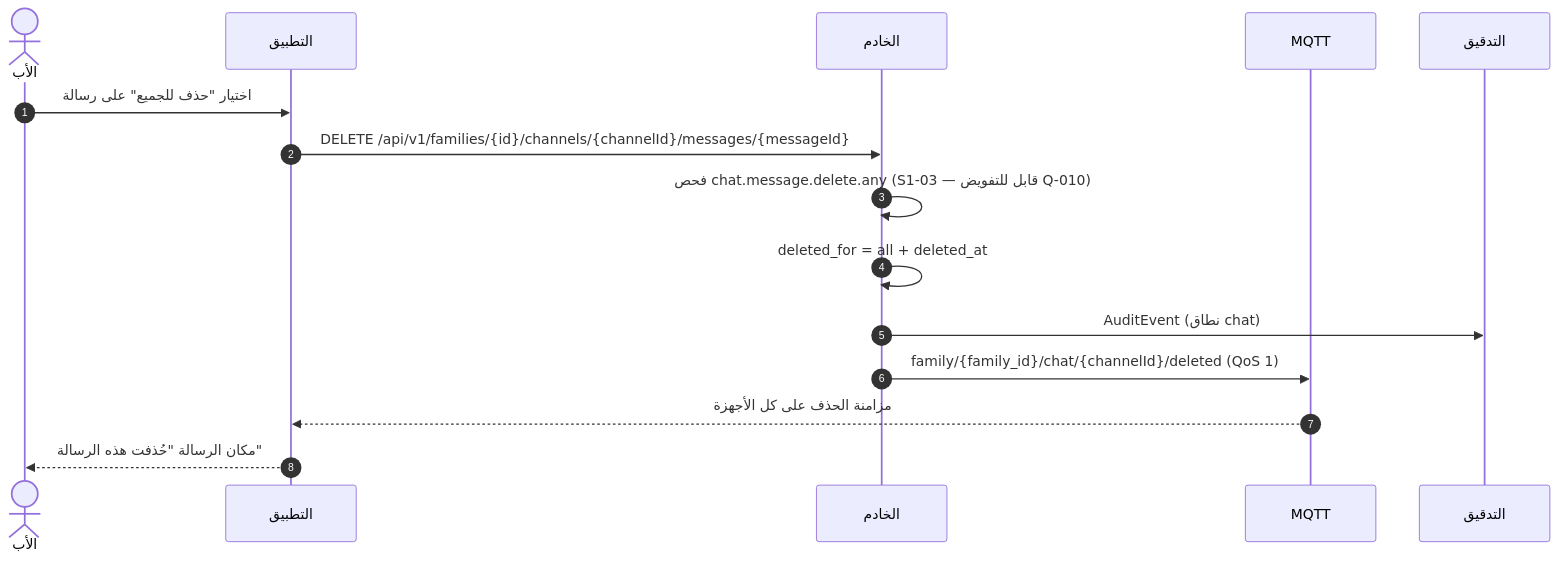
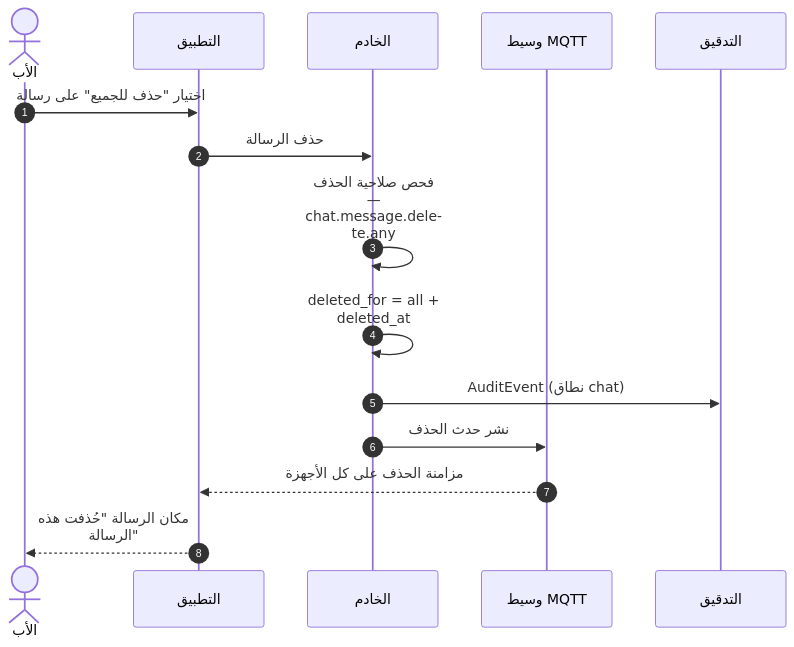
One commit to Bassam-mohammed-alqaeadi/family-os-v2 changed the ninth of 27 diagrams in docs/family-os/governance/phases/phase-1/S1-08-chat-basic/DIAGRAMS.md. Above: the diagram before and after it, drawn with Mermaid. The commit also changed other lines of this file, not shown here.

````diff
--- a/docs/family-os/governance/phases/phase-1/S1-08-chat-basic/DIAGRAMS.md
+++ b/docs/family-os/governance/phases/phase-1/S1-08-chat-basic/DIAGRAMS.md
@@ -297,17 +404,18 @@
 ```mermaid
+%%{init: {"sequence": {"wrap": true}}}%%
 sequenceDiagram
     autonumber
     actor Father as الأب
     participant App as التطبيق
     participant Ktor as الخادم
-    participant MQTT as MQTT
+    participant MQTT as وسيط MQTT
     participant Audit as التدقيق
     Father->>App: اختيار "حذف للجميع" على رسالة
-    App->>Ktor: DELETE /api/v1/families/{id}/channels/{channelId}/messages/{messageId}
-    Ktor->>Ktor: فحص chat.message.delete.any (S1-03 — قابل للتفويض Q-010)
+    App->>Ktor: حذف الرسالة
+    Ktor->>Ktor: فحص صلاحية الحذف — chat.message.delete.any
     Ktor->>Ktor: deleted_for = all + deleted_at
     Ktor->>Audit: AuditEvent (نطاق chat)
-    Ktor->>MQTT: family/{family_id}/chat/{channelId}/deleted (QoS 1)
+    Ktor->>MQTT: نشر حدث الحذف
     MQTT-->>App: مزامنة الحذف على كل الأجهزة
     App-->>Father: مكان الرسالة "حُذفت هذه الرسالة"
 ```
````
